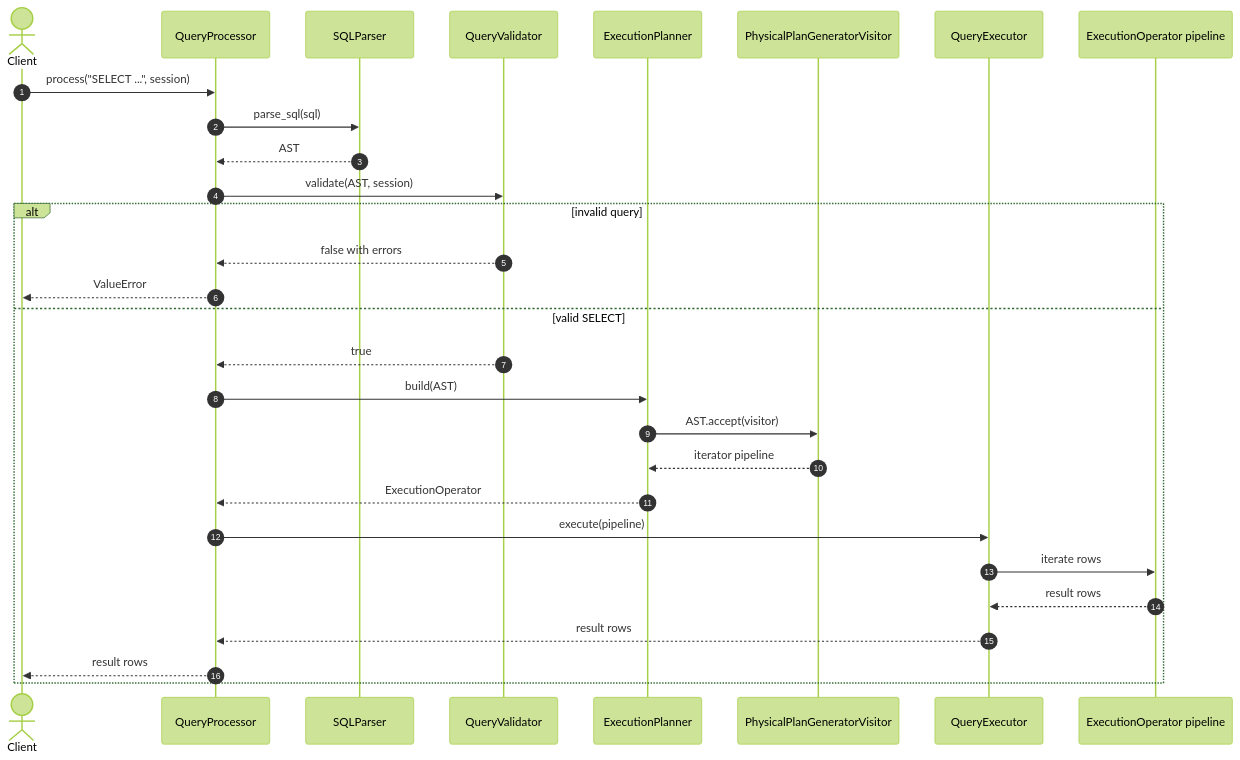
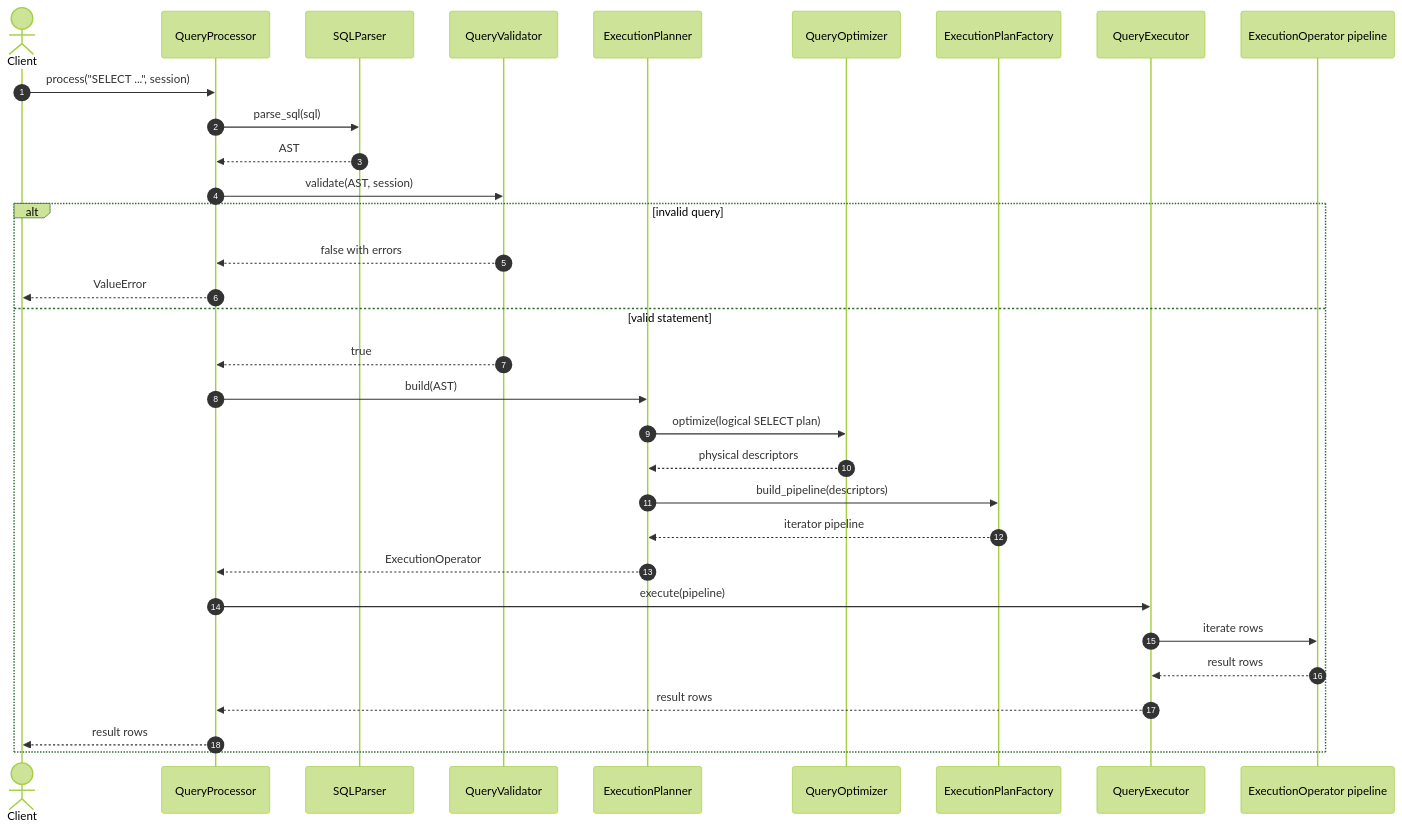
Before and after one commit to taitran501/DBMS: the seventh of 7 diagrams in docs/diagrams/sequence/design_patterns/query_processing.md, drawn with Mermaid (forest theme). The commit also changed other lines of this file and 11 other files, not shown here.

First line of the commit message:
feat(query-processing): implement Factory Method and Processing Pipeline patterns

````diff
--- a/docs/diagrams/sequence/design_patterns/query_processing.md
+++ b/docs/diagrams/sequence/design_patterns/query_processing.md
@@ -213,33 +207,36 @@
 ```mermaid
 sequenceDiagram
     autonumber
     actor Client
     participant Processor as QueryProcessor
     participant Parser as SQLParser
     participant Validator as QueryValidator
     participant Planner as ExecutionPlanner
-    participant Visitor as PhysicalPlanGeneratorVisitor
+    participant Optimizer as QueryOptimizer
+    participant Factory as ExecutionPlanFactory
     participant Executor as QueryExecutor
     participant Pipeline as ExecutionOperator pipeline
 
     Client->>Processor: process("SELECT ...", session)
     Processor->>Parser: parse_sql(sql)
     Parser-->>Processor: AST
     Processor->>Validator: validate(AST, session)
 
     alt invalid query
         Validator-->>Processor: false with errors
         Processor-->>Client: ValueError
-    else valid SELECT
+    else valid statement
         Validator-->>Processor: true
         Processor->>Planner: build(AST)
-        Planner->>Visitor: AST.accept(visitor)
-        Visitor-->>Planner: iterator pipeline
+        Planner->>Optimizer: optimize(logical SELECT plan)
+        Optimizer-->>Planner: physical descriptors
+        Planner->>Factory: build_pipeline(descriptors)
+        Factory-->>Planner: iterator pipeline
         Planner-->>Processor: ExecutionOperator
         Processor->>Executor: execute(pipeline)
         Executor->>Pipeline: iterate rows
         Pipeline-->>Executor: result rows
         Executor-->>Processor: result rows
         Processor-->>Client: result rows
     end
 ```
````
